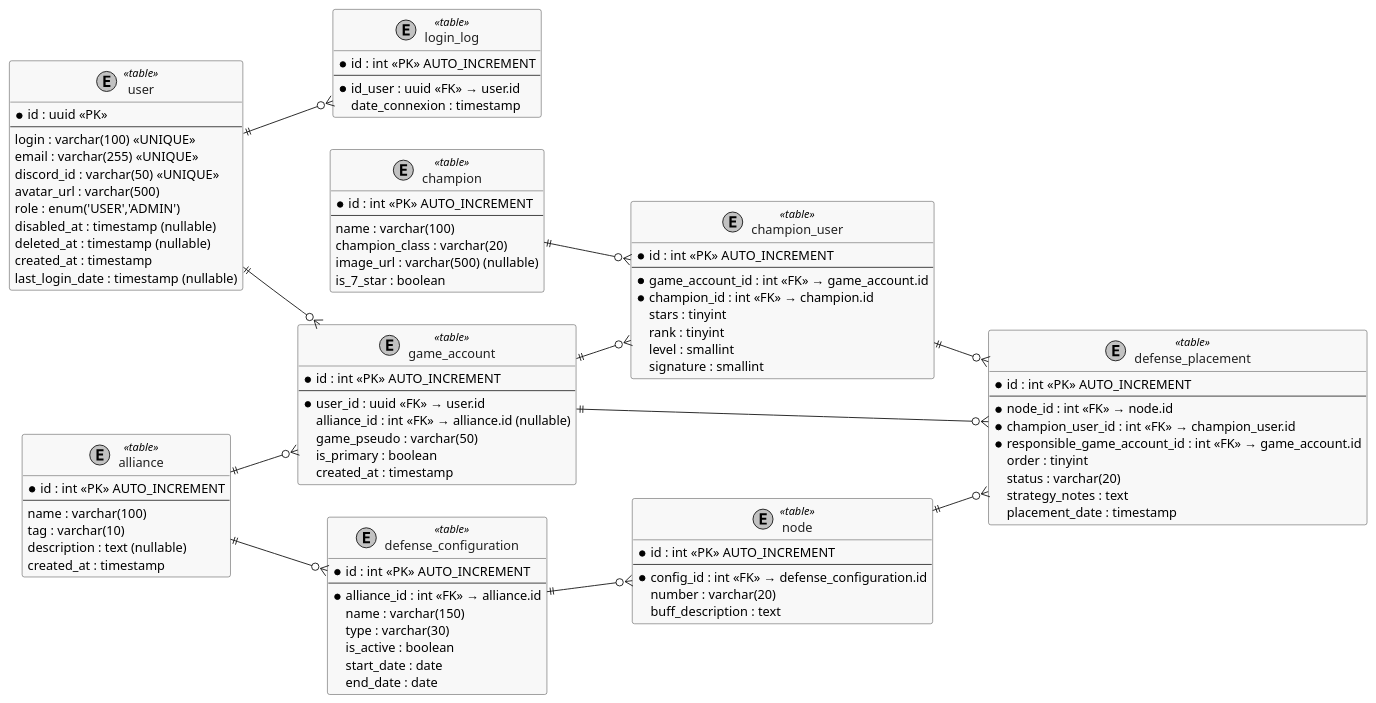
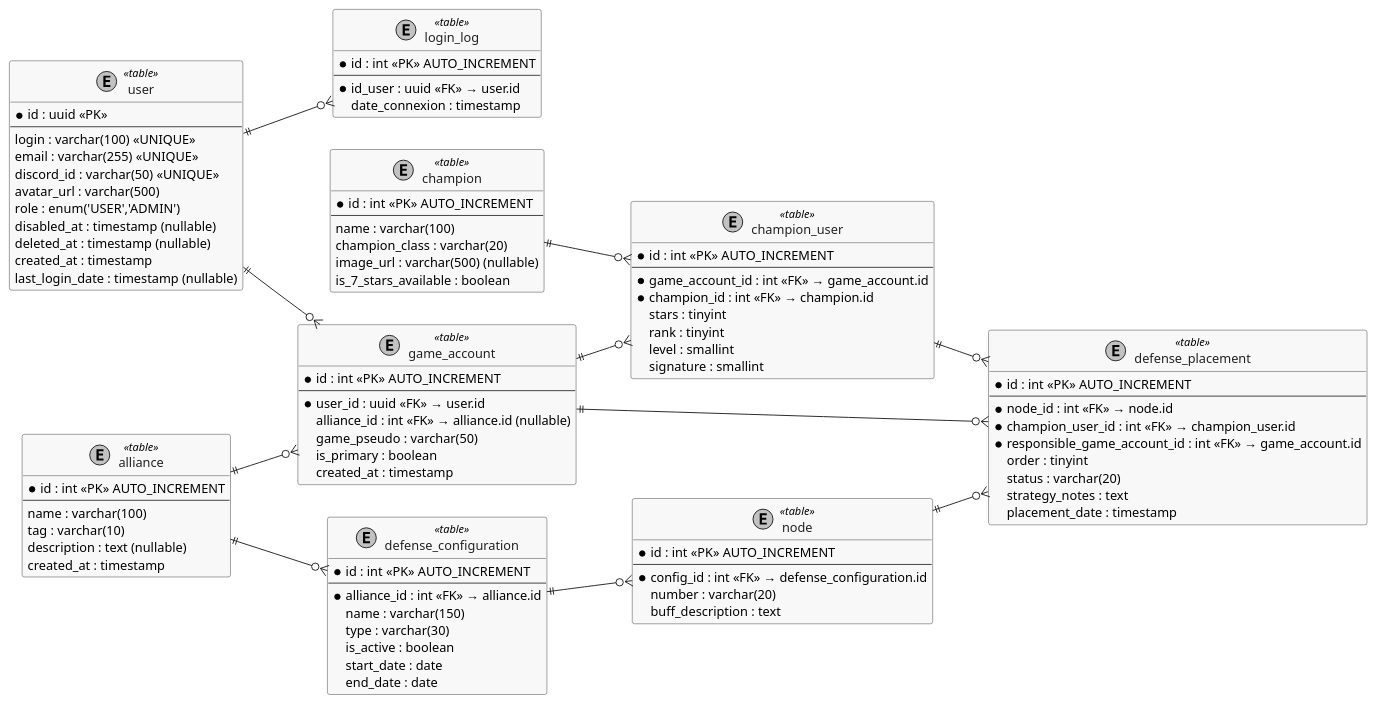
The diagram in api/docs/mld.puml (SNEAXIII/Mawster), drawn with PlantUML before and after one commit. The commit also changed 21 other files, not shown here.

First line of the commit message:
refactor: rename is_7_star to is_7_stars_available

```diff
--- a/api/docs/mld.puml
+++ b/api/docs/mld.puml
@@ -1,114 +1,114 @@
 @startuml MLD_MCOC
 left to right direction
 skinparam shadowing false
 skinparam monochrome true
 skinparam class {
     BackgroundColor #F8F8F8
     BorderColor #333333
     FontColor #222222
 }
 
 entity "user" as user <<table>> {
   * id : uuid <<PK>>
   --
   login : varchar(100) <<UNIQUE>>
   email : varchar(255) <<UNIQUE>>
   discord_id : varchar(50) <<UNIQUE>>
   avatar_url : varchar(500)
   role : enum('USER','ADMIN')
   disabled_at : timestamp (nullable)
   deleted_at : timestamp (nullable)
   created_at : timestamp
   last_login_date : timestamp (nullable)
 }
 
 entity "login_log" as login_log <<table>> {
   * id : int <<PK>> AUTO_INCREMENT
   --
   * id_user : uuid <<FK>> → user.id
   date_connexion : timestamp
 }
 
 entity "alliance" as alliance <<table>> {
   * id : int <<PK>> AUTO_INCREMENT
   --
   name : varchar(100)
   tag : varchar(10)
   description : text (nullable)
   created_at : timestamp
 }
 
 entity "game_account" as game_account <<table>> {
   * id : int <<PK>> AUTO_INCREMENT
   --
   * user_id : uuid <<FK>> → user.id
   alliance_id : int <<FK>> → alliance.id (nullable)
   game_pseudo : varchar(50)
   is_primary : boolean
   created_at : timestamp
 }
 
 entity "champion" as champion <<table>> {
   * id : int <<PK>> AUTO_INCREMENT
   --
   name : varchar(100)
   champion_class : varchar(20)
   image_url : varchar(500) (nullable)
-  is_7_star : boolean
+  is_7_stars_available : boolean
 }
 
 entity "champion_user" as roster <<table>> {
   * id : int <<PK>> AUTO_INCREMENT
   --
   * game_account_id : int <<FK>> → game_account.id
   * champion_id : int <<FK>> → champion.id
   stars : tinyint
   rank : tinyint
   level : smallint
   signature : smallint
 }
 
 entity "defense_configuration" as config <<table>> {
   * id : int <<PK>> AUTO_INCREMENT
   --
   * alliance_id : int <<FK>> → alliance.id
   name : varchar(150)
   type : varchar(30)
   is_active : boolean
   start_date : date
   end_date : date
 }
 
 entity "node" as node <<table>> {
   * id : int <<PK>> AUTO_INCREMENT
   --
   * config_id : int <<FK>> → defense_configuration.id
   number : varchar(20)
   buff_description : text
 }
 
 entity "defense_placement" as placement <<table>> {
   * id : int <<PK>> AUTO_INCREMENT
   --
   * node_id : int <<FK>> → node.id
   * champion_user_id : int <<FK>> → champion_user.id
   * responsible_game_account_id : int <<FK>> → game_account.id
   order : tinyint
   status : varchar(20)
   strategy_notes : text
   placement_date : timestamp
 }
 
 ' ==================== RELATIONS ====================
 user ||--o{ login_log
 user ||--o{ game_account
 alliance ||--o{ game_account
 game_account ||--o{ roster
 champion ||--o{ roster
 alliance ||--o{ config
 config ||--o{ node
 node ||--o{ placement
 roster ||--o{ placement
 game_account ||--o{ placement
 
 @enduml
```
